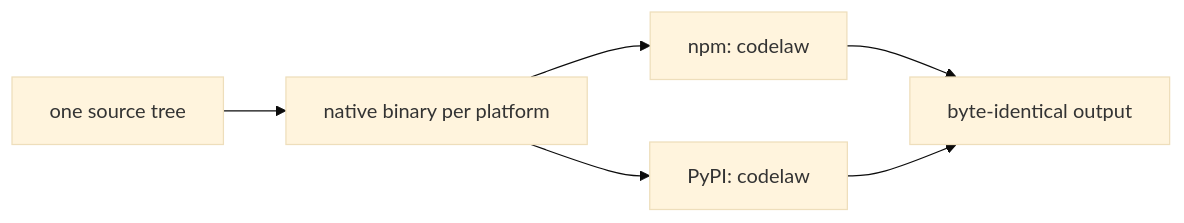
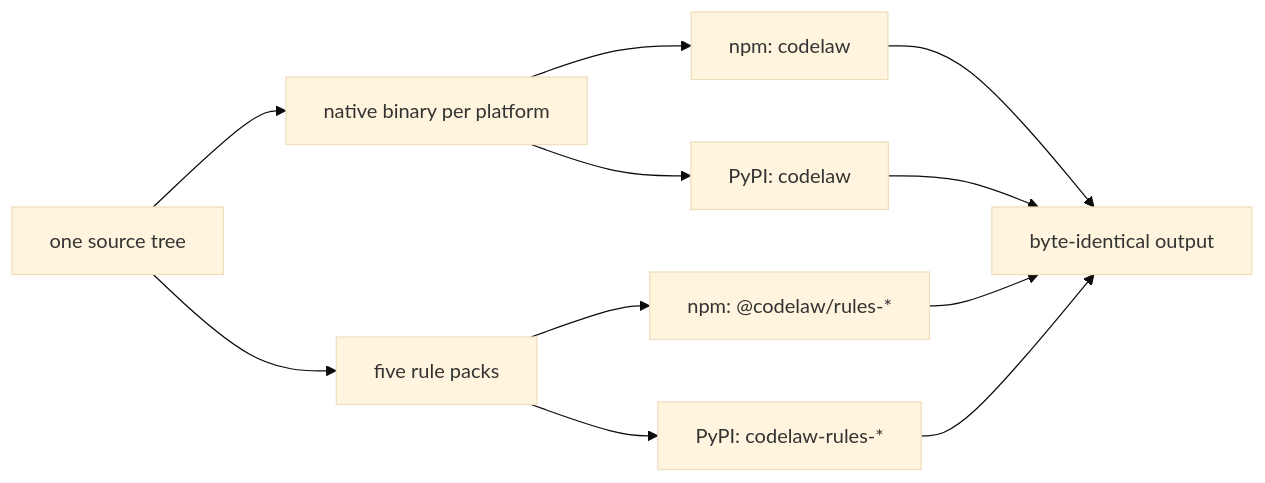
Before and after one commit to arpitarya/codelaw: the diagram in records/0008_LAW-6-python-and-node-packages.md, drawn with Mermaid (base theme). The commit also changed other lines of this file and 28 other files, not shown here.

First line of the commit message:
W-01: rules ship as five separately published packs; SR-RULE-PACKS accepted

````diff
--- a/records/0008_LAW-6-python-and-node-packages.md
+++ b/records/0008_LAW-6-python-and-node-packages.md
@@ -31,8 +31,13 @@
 ```mermaid
 flowchart LR
     B["one source tree"] --> X["native binary per platform"]
     X --> N["npm: codelaw"]
     X --> Y["PyPI: codelaw"]
+    B --> R["five rule packs"]
+    R --> N2["npm: @codelaw/rules-*"]
+    R --> Y2["PyPI: codelaw-rules-*"]
     N --> O["byte-identical output"]
     Y --> O
+    N2 --> O
+    Y2 --> O
 ```
````
